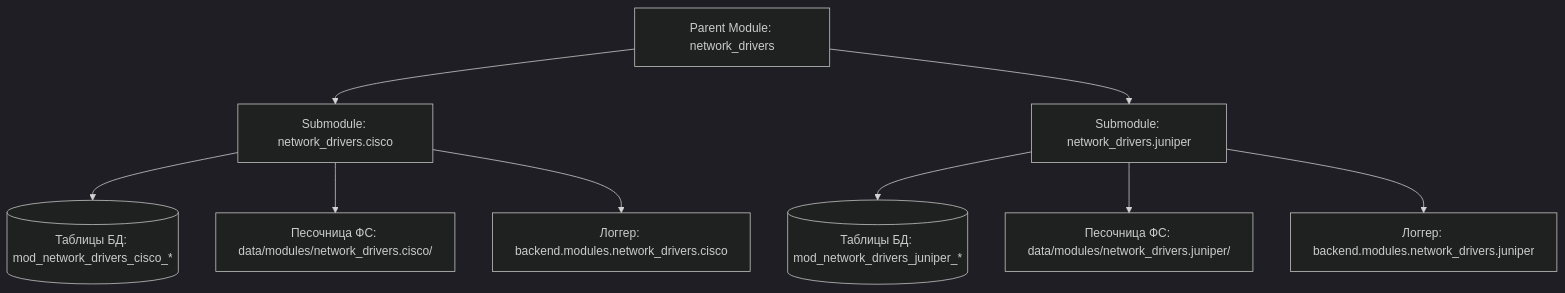
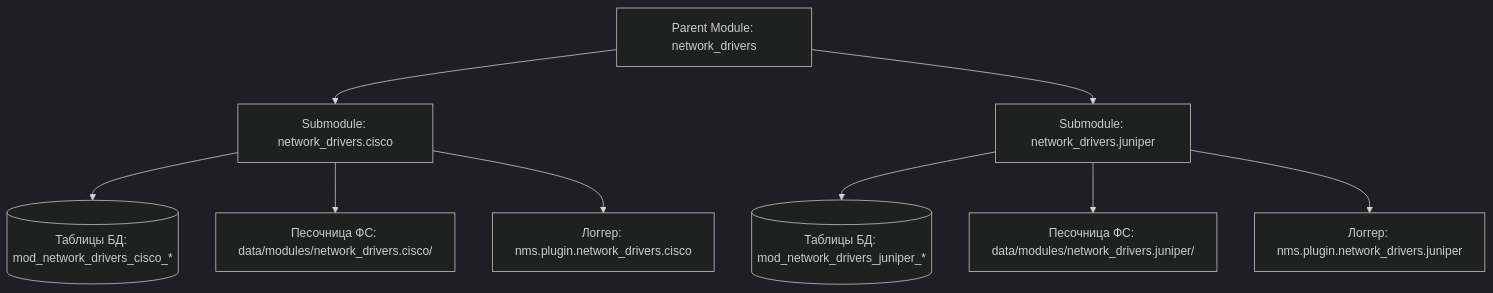
One commit to Apofixc/nms-webui changed the first of 2 diagrams in docs/wiki/03-module-development/03-submodules-hierarchy.md. Above: the diagram before and after it, drawn with Mermaid (dark theme). The commit also changed other lines of this file and 21 other files, not shown here.

````diff
--- a/docs/wiki/03-module-development/03-submodules-hierarchy.md
+++ b/docs/wiki/03-module-development/03-submodules-hierarchy.md
@@ -200,13 +200,13 @@
 ```mermaid
 graph TD
     Parent[Parent Module: network_drivers] --> Sub1[Submodule: network_drivers.cisco]
     Parent --> Sub2[Submodule: network_drivers.juniper]
     
     Sub1 --> DB1[(Таблицы БД: mod_network_drivers_cisco_*)]
     Sub1 --> FS1[Песочница ФС: data/modules/network_drivers.cisco/]
-    Sub1 --> Log1[Логгер: backend.modules.network_drivers.cisco]
+    Sub1 --> Log1[Логгер: nms.plugin.network_drivers.cisco]
     
     Sub2 --> DB2[(Таблицы БД: mod_network_drivers_juniper_*)]
     Sub2 --> FS2[Песочница ФС: data/modules/network_drivers.juniper/]
-    Sub2 --> Log2[Логгер: backend.modules.network_drivers.juniper]
+    Sub2 --> Log2[Логгер: nms.plugin.network_drivers.juniper]
 ```
````
